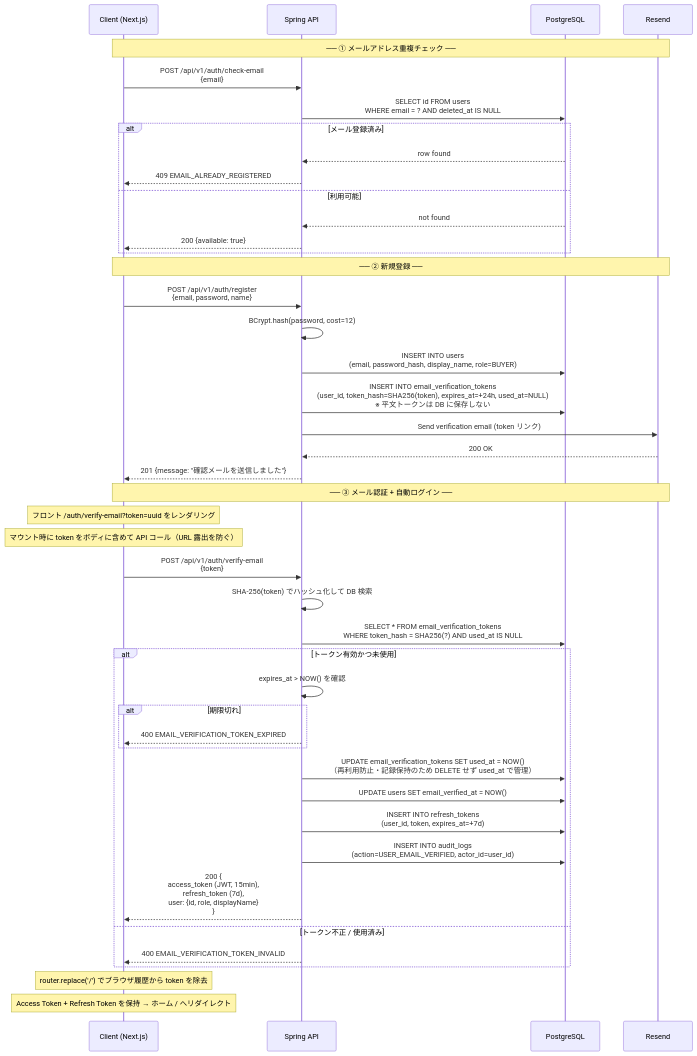
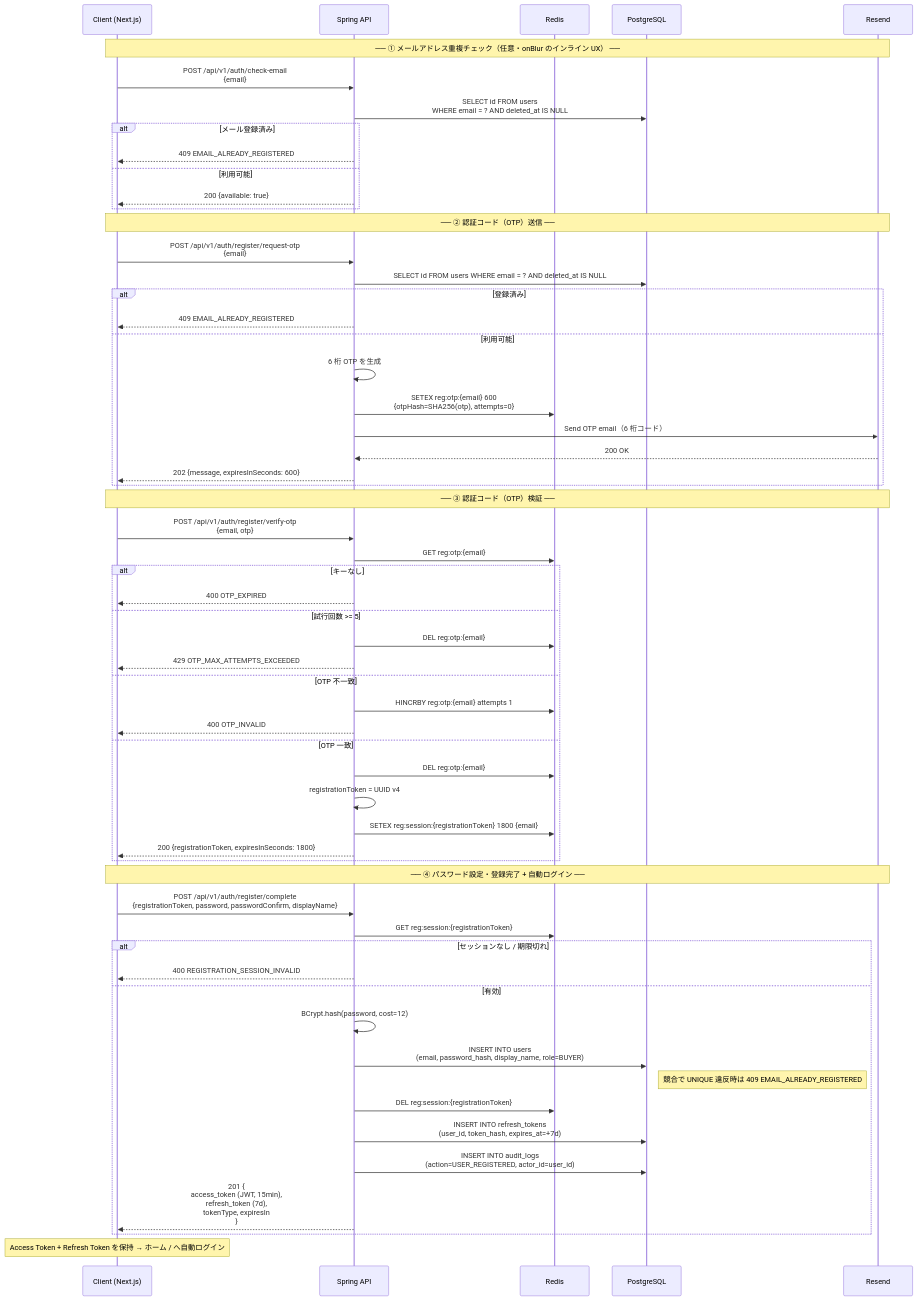
One commit to daobn99/kivio-project changed the first of 20 diagrams in docs/design/SEQUENCE_FLOW.md. Above: the diagram before and after it, drawn with Mermaid. The commit also changed other lines of this file and 19 other files, not shown here.

````diff
--- a/docs/design/SEQUENCE_FLOW.md
+++ b/docs/design/SEQUENCE_FLOW.md
@@ -37,49 +37,64 @@
 ```mermaid
 sequenceDiagram
     participant C as Client (Next.js)
     participant S as Spring API
+    participant R as Redis
     participant DB as PostgreSQL
     participant M as Resend
 
-    Note over C,M: ── ① メールアドレス重複チェック ──
+    Note over C,M: ── ① メールアドレス重複チェック（任意・onBlur のインライン UX） ──
     C->>S: POST /api/v1/auth/check-email<br/>{email}
     S->>DB: SELECT id FROM users<br/>WHERE email = ? AND deleted_at IS NULL
     alt メール登録済み
-        DB-->>S: row found
         S-->>C: 409 EMAIL_ALREADY_REGISTERED
     else 利用可能
-        DB-->>S: not found
         S-->>C: 200 {available: true}
     end
 
-    Note over C,M: ── ② 新規登録 ──
-    C->>S: POST /api/v1/auth/register<br/>{email, password, name}
-    S->>S: BCrypt.hash(password, cost=12)
-    S->>DB: INSERT INTO users<br/>(email, password_hash, display_name, role=BUYER)
-    S->>DB: INSERT INTO email_verification_tokens<br/>(user_id, token_hash=SHA256(token), expires_at=+24h, used_at=NULL)<br/>※ 平文トークンは DB に保存しない
-    S->>M: Send verification email (token リンク)
-    M-->>S: 200 OK
-    S-->>C: 201 {message: "確認メールを送信しました"}
+    Note over C,M: ── ② 認証コード（OTP）送信 ──
+    C->>S: POST /api/v1/auth/register/request-otp<br/>{email}
+    S->>DB: SELECT id FROM users WHERE email = ? AND deleted_at IS NULL
+    alt 登録済み
+        S-->>C: 409 EMAIL_ALREADY_REGISTERED
+    else 利用可能
+        S->>S: 6 桁 OTP を生成
+        S->>R: SETEX reg:otp:{email} 600<br/>{otpHash=SHA256(otp), attempts=0}
+        S->>M: Send OTP email（6 桁コード）
+        M-->>S: 200 OK
+        S-->>C: 202 {message, expiresInSeconds: 600}
+    end
 
-    Note over C,M: ── ③ メール認証 + 自動ログイン ──
-    Note over C: フロント /auth/verify-email?token=uuid をレンダリング
-    Note over C: マウント時に token をボディに含めて API コール（URL 露出を防ぐ）
-    C->>S: POST /api/v1/auth/verify-email<br/>{token}
-    S->>S: SHA-256(token) でハッシュ化して DB 検索
-    S->>DB: SELECT * FROM email_verification_tokens<br/>WHERE token_hash = SHA256(?) AND used_at IS NULL
-    alt トークン有効かつ未使用
-        S->>S: expires_at > NOW() を確認
-        alt 期限切れ
-            S-->>C: 400 EMAIL_VERIFICATION_TOKEN_EXPIRED
-        end
-        S->>DB: UPDATE email_verification_tokens SET used_at = NOW()<br/>（再利用防止・記録保持のため DELETE せず used_at で管理）
-        S->>DB: UPDATE users SET email_verified_at = NOW()
-        S->>DB: INSERT INTO refresh_tokens<br/>(user_id, token, expires_at=+7d)
-        S->>DB: INSERT INTO audit_logs<br/>(action=USER_EMAIL_VERIFIED, actor_id=user_id)
-        S-->>C: 200 {<br/>  access_token (JWT, 15min),<br/>  refresh_token (7d),<br/>  user: {id, role, displayName}<br/>}
-    else トークン不正 / 使用済み
-        S-->>C: 400 EMAIL_VERIFICATION_TOKEN_INVALID
+    Note over C,M: ── ③ 認証コード（OTP）検証 ──
+    C->>S: POST /api/v1/auth/register/verify-otp<br/>{email, otp}
+    S->>R: GET reg:otp:{email}
+    alt キーなし
+        S-->>C: 400 OTP_EXPIRED
+    else 試行回数 >= 5
+        S->>R: DEL reg:otp:{email}
+        S-->>C: 429 OTP_MAX_ATTEMPTS_EXCEEDED
+    else OTP 不一致
+        S->>R: HINCRBY reg:otp:{email} attempts 1
+        S-->>C: 400 OTP_INVALID
+    else OTP 一致
+        S->>R: DEL reg:otp:{email}
+        S->>S: registrationToken = UUID v4
+        S->>R: SETEX reg:session:{registrationToken} 1800 {email}
+        S-->>C: 200 {registrationToken, expiresInSeconds: 1800}
     end
-    Note over C: router.replace('/') でブラウザ履歴から token を除去
-    Note over C: Access Token + Refresh Token を保持 → ホーム / へリダイレクト
+
+    Note over C,M: ── ④ パスワード設定・登録完了 + 自動ログイン ──
+    C->>S: POST /api/v1/auth/register/complete<br/>{registrationToken, password, passwordConfirm, displayName}
+    S->>R: GET reg:session:{registrationToken}
+    alt セッションなし / 期限切れ
+        S-->>C: 400 REGISTRATION_SESSION_INVALID
+    else 有効
+        S->>S: BCrypt.hash(password, cost=12)
+        S->>DB: INSERT INTO users<br/>(email, password_hash, display_name, role=BUYER)
+        Note right of DB: 競合で UNIQUE 違反時は 409 EMAIL_ALREADY_REGISTERED
+        S->>R: DEL reg:session:{registrationToken}
+        S->>DB: INSERT INTO refresh_tokens<br/>(user_id, token_hash, expires_at=+7d)
+        S->>DB: INSERT INTO audit_logs<br/>(action=USER_REGISTERED, actor_id=user_id)
+        S-->>C: 201 {<br/>  access_token (JWT, 15min),<br/>  refresh_token (7d),<br/>  tokenType, expiresIn<br/>}
+    end
+    Note over C: Access Token + Refresh Token を保持 → ホーム / へ自動ログイン
 ```
````
